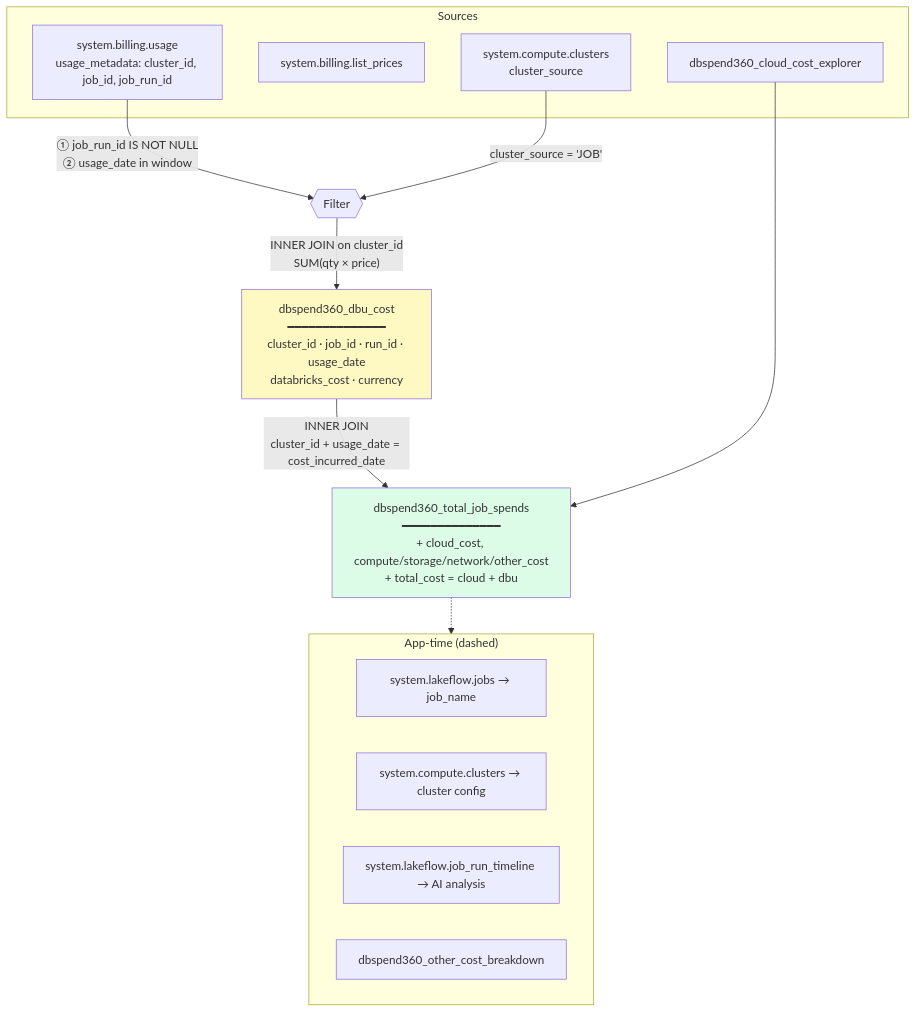
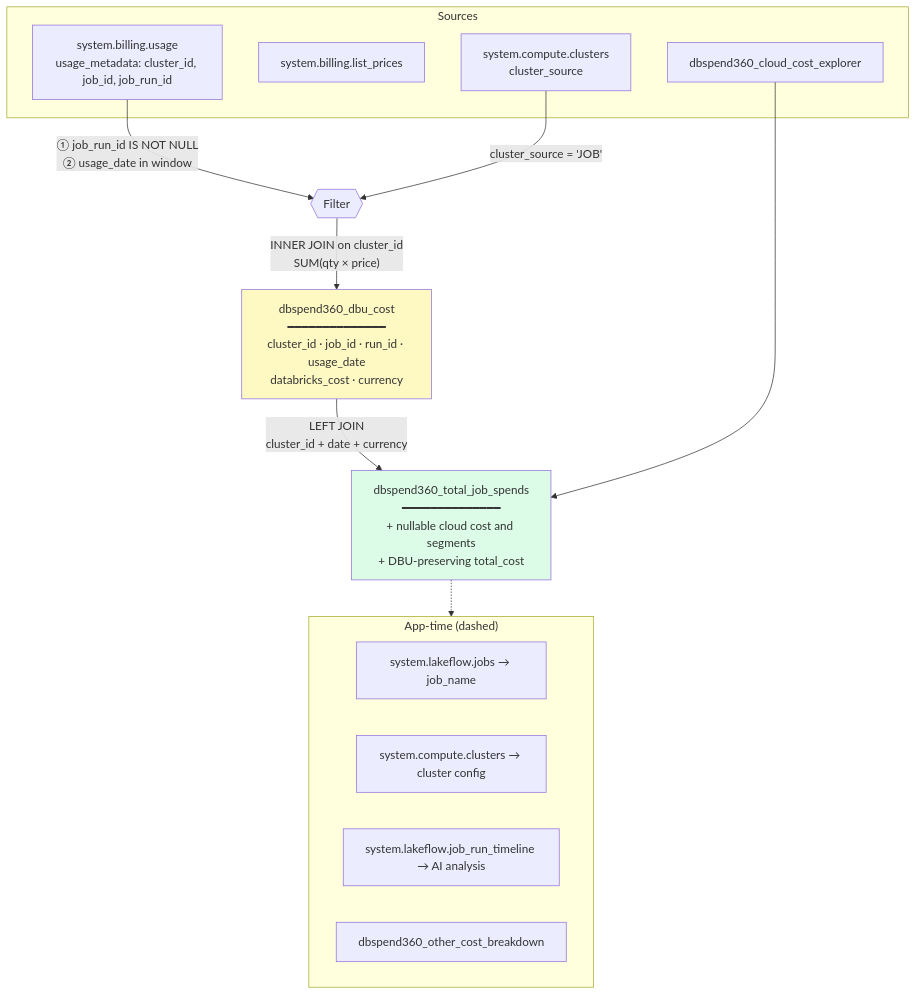
One commit to AdityaMandiwal/DBSPEND360 changed the fifth of 9 diagrams in docs/data_model_reference.md. Above: the diagram before and after it, drawn with Mermaid. The commit also changed other lines of this file and 103 other files, not shown here.

````diff
--- a/docs/data_model_reference.md
+++ b/docs/data_model_reference.md
@@ -312,29 +347,29 @@
 ```mermaid
 flowchart TB
     subgraph SRC["Sources"]
         U["system.billing.usage<br/>usage_metadata: cluster_id, job_id, job_run_id"]
         LP["system.billing.list_prices"]
         CL["system.compute.clusters<br/>cluster_source"]
         CC["dbspend360_cloud_cost_explorer"]
     end
 
     U -->|"① job_run_id IS NOT NULL<br/>② usage_date in window"| F1{{"Filter"}}
     CL -->|"cluster_source = 'JOB'"| F1
     F1 -->|"INNER JOIN on cluster_id<br/>SUM(qty × price)"| DBU["dbspend360_dbu_cost<br/>━━━━━━━━━━━━━━<br/>cluster_id · job_id · run_id · usage_date<br/>databricks_cost · currency"]
 
-    DBU -->|"INNER JOIN<br/>cluster_id + usage_date = cost_incurred_date"| ROLL["dbspend360_total_job_spends<br/>━━━━━━━━━━━━━━<br/>+ cloud_cost, compute/storage/network/other_cost<br/>+ total_cost = cloud + dbu"]
+    DBU -->|"LEFT JOIN<br/>cluster_id + date + currency"| ROLL["dbspend360_total_job_spends<br/>━━━━━━━━━━━━━━<br/>+ nullable cloud cost and segments<br/>+ DBU-preserving total_cost"]
 
     CC --> ROLL
 
     subgraph APP["App-time (dashed)"]
         JOBS["system.lakeflow.jobs → job_name"]
         CL2["system.compute.clusters → cluster config"]
         TL["system.lakeflow.job_run_timeline → AI analysis"]
         OCB["dbspend360_other_cost_breakdown"]
     end
 
     ROLL -.-> APP
 
     style DBU fill:#fef9c3
     style ROLL fill:#dcfce7
 ```
````
